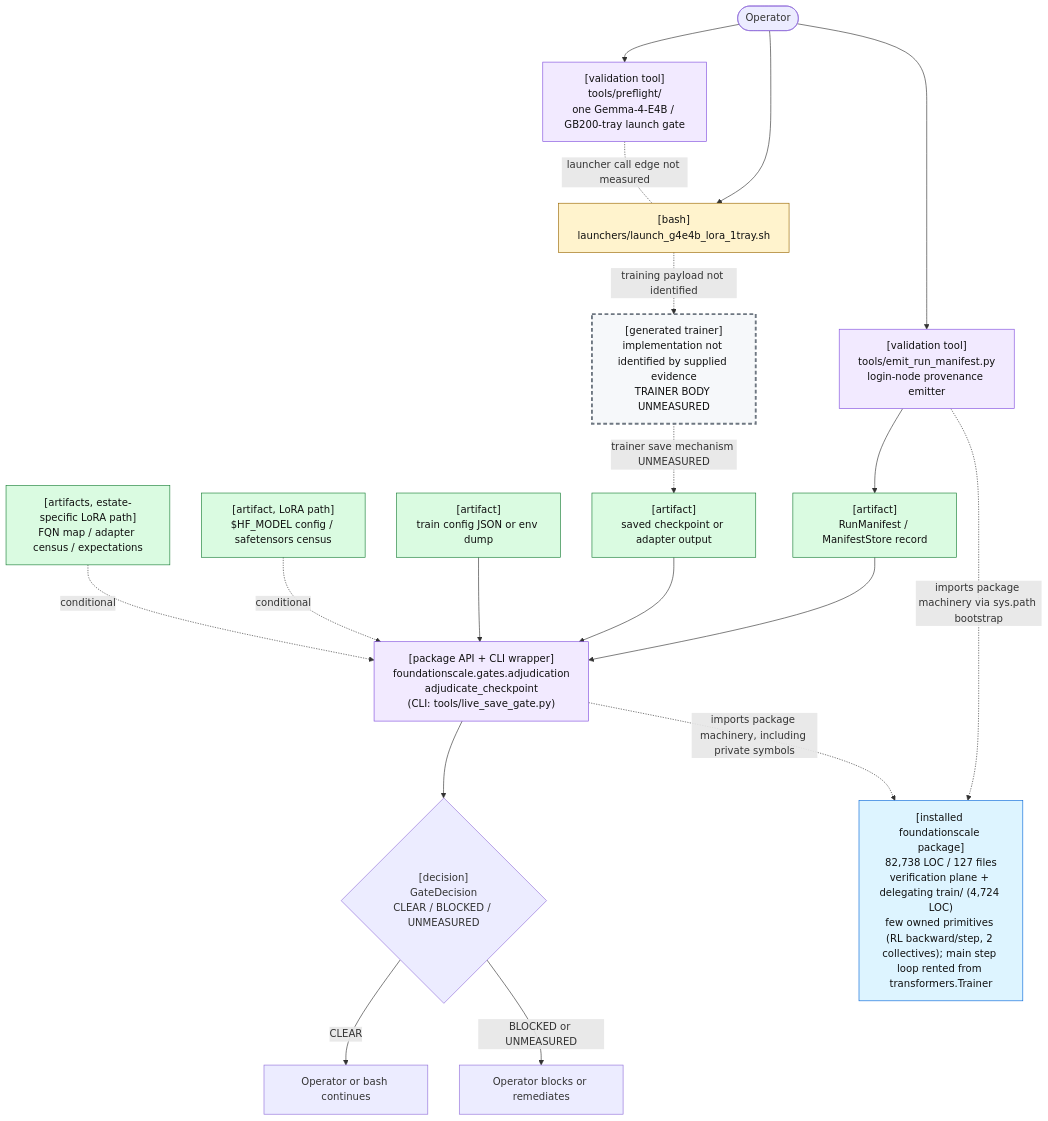
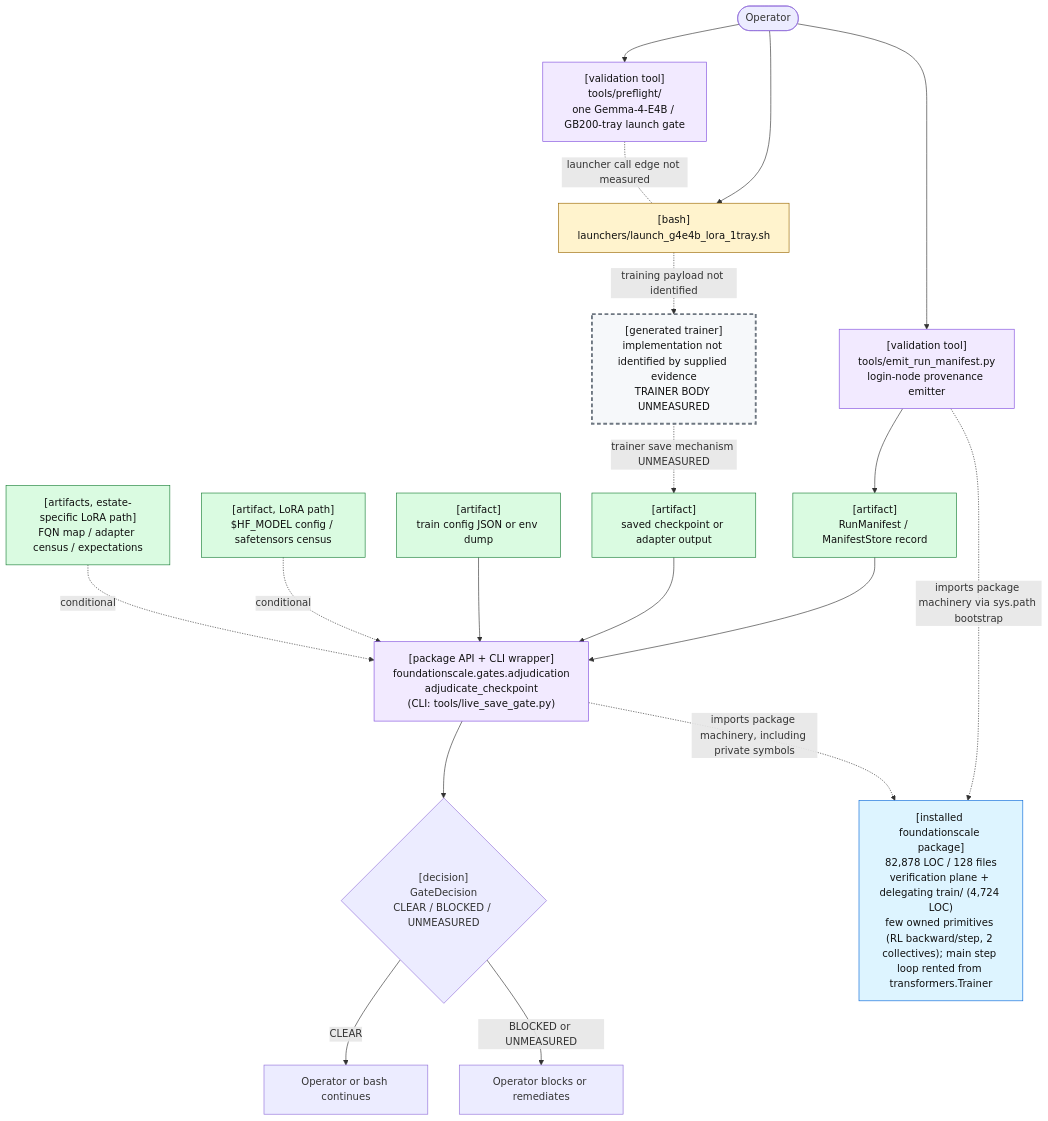
Before and after one commit to TranNhiem/FoundationScale: the first of 2 diagrams in docs/review/D2_current_architecture.md, drawn with Mermaid. The commit also changed other lines of this file and 18 other files, not shown here.

````diff
--- a/docs/review/D2_current_architecture.md
+++ b/docs/review/D2_current_architecture.md
@@ -25,59 +25,59 @@
 ```mermaid
 flowchart TB
   O(["Operator"])
 
   PF["[validation tool]<br/>tools/preflight/<br/>one Gemma-4-E4B / GB200-tray launch gate"]
   L["[bash]<br/>launchers/launch_g4e4b_lora_1tray.sh"]
 
   E["[validation tool]<br/>tools/emit_run_manifest.py<br/>login-node provenance emitter"]
   M["[artifact]<br/>RunManifest / ManifestStore record"]
 
   T["[generated trainer]<br/>implementation not identified by supplied evidence<br/>TRAINER BODY UNMEASURED"]
   C["[artifact]<br/>saved checkpoint or adapter output"]
 
   G["[package API + CLI wrapper]<br/>foundationscale.gates.adjudication<br/>adjudicate_checkpoint<br/>(CLI: tools/live_save_gate.py)"]
   CFG["[artifact]<br/>train config JSON or env dump"]
   BASE["[artifact, LoRA path]<br/>$HF_MODEL config / safetensors census"]
   CEN["[artifacts, estate-specific LoRA path]<br/>FQN map / adapter census / expectations"]
 
   D{"[decision]<br/>GateDecision<br/>CLEAR / BLOCKED / UNMEASURED"}
   OK["Operator or bash continues"]
   NO["Operator blocks or remediates"]
 
-  PKG["[installed foundationscale package]<br/>82,738 LOC / 127 files<br/>verification plane + delegating train/ (4,724 LOC)<br/>few owned primitives (RL backward/step, 2 collectives); main step loop rented from transformers.Trainer"]
+  PKG["[installed foundationscale package]<br/>82,878 LOC / 128 files<br/>verification plane + delegating train/ (4,724 LOC)<br/>few owned primitives (RL backward/step, 2 collectives); main step loop rented from transformers.Trainer"]
 
   O --> PF
   O --> L
   PF -. "launcher call edge not measured" .- L
 
   O --> E
   E --> M
 
   L -. "training payload not identified" .-> T
   T -. "trainer save mechanism UNMEASURED" .-> C
 
   M --> G
   C --> G
   CFG --> G
   BASE -. "conditional" .-> G
   CEN -. "conditional" .-> G
 
   E -. "imports package machinery via sys.path bootstrap" .-> PKG
   G -. "imports package machinery, including private symbols" .-> PKG
 
   G --> D
   D -->|"CLEAR"| OK
   D -->|"BLOCKED or UNMEASURED"| NO
 
   classDef bash fill:#fff3cd,stroke:#9a6700,color:#111;
   classDef tool fill:#f2eaff,stroke:#8250df,color:#111;
   classDef artifact fill:#dafbe1,stroke:#1a7f37,color:#111;
   classDef gap fill:#f6f8fa,stroke:#6e7781,stroke-width:3px,stroke-dasharray: 6 4,color:#111;
   classDef pkg fill:#ddf4ff,stroke:#0969da,color:#111;
 
   class L bash;
   class PF,E,G tool;
   class M,C,CFG,BASE,CEN artifact;
   class T gap;
   class PKG pkg;
 ```
````
